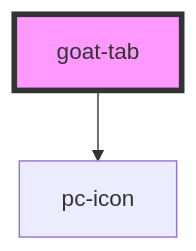
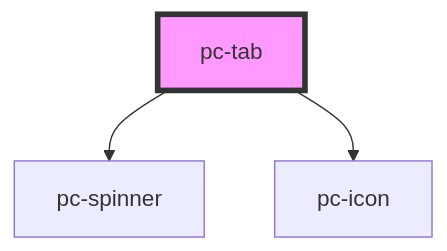
Before and after one commit to redvars/peacock: the diagram in src/components/tabs/tab/readme.md, drawn with Mermaid. The commit also changed other lines of this file and 299 other files, not shown here.

````diff
--- a/src/components/tabs/tab/readme.md
+++ b/src/components/tabs/tab/readme.md
@@ -61,5 +62,6 @@
 ```mermaid
 graph TD;
-  goat-tab --> pc-icon
-  style goat-tab fill:#f9f,stroke:#333,stroke-width:4px
+  pc-tab --> pc-spinner
+  pc-tab --> pc-icon
+  style pc-tab fill:#f9f,stroke:#333,stroke-width:4px
 ```
````
